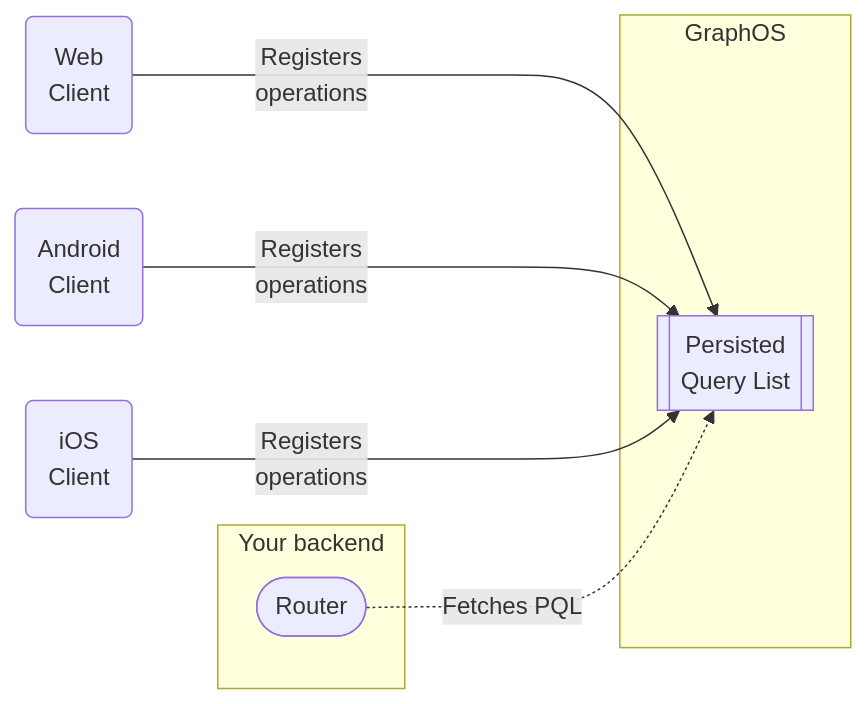
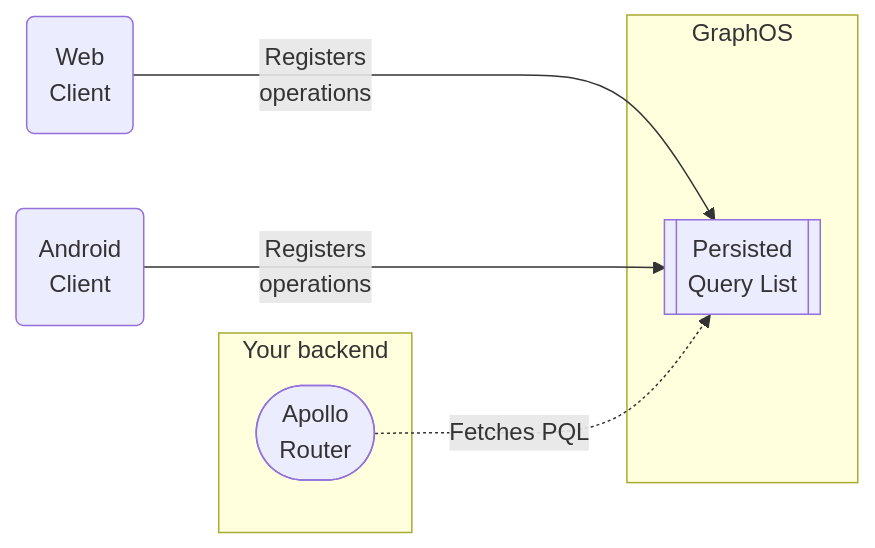
One commit to apollographql/docs changed the diagram in src/content/graphos/basics/routing/persisted-queries.mdx. Above: the diagram before and after it, drawn with Mermaid. The commit also changed other lines of this file, not shown here.

````diff
--- a/src/content/graphos/basics/routing/persisted-queries.mdx
+++ b/src/content/graphos/basics/routing/persisted-queries.mdx
@@ -12,19 +16,18 @@
 ```mermaid
 graph LR;
 
   webClient("Web<br/>Client");
   androidClient("Android<br/>Client");
-  iosClient("iOS<br/>Client");
 
 
   subgraph "GraphOS"
   pql[[Persisted<br/>Query List]];
   end
   
   subgraph "Your backend"
-  router(["Router"]);
+  router(["Apollo<br/>Router"]);
   end
 
-  webClient & androidClient & iosClient --->|Registers<br/>operations|pql
+  webClient & androidClient --->|Registers<br/>operations|pql
   router -.->|Fetches PQL|pql
 ```
````
